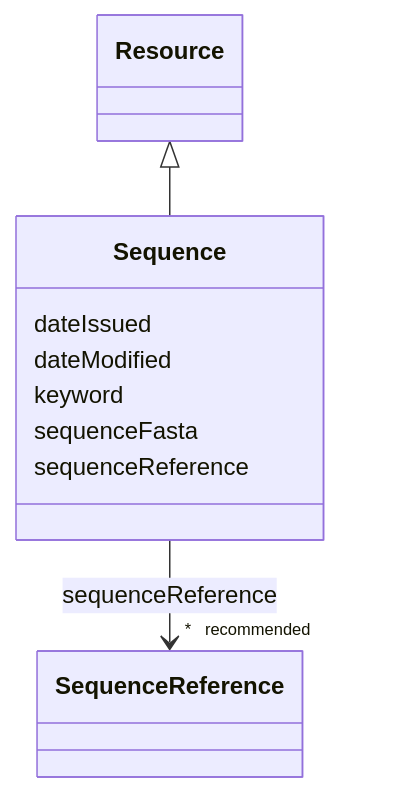
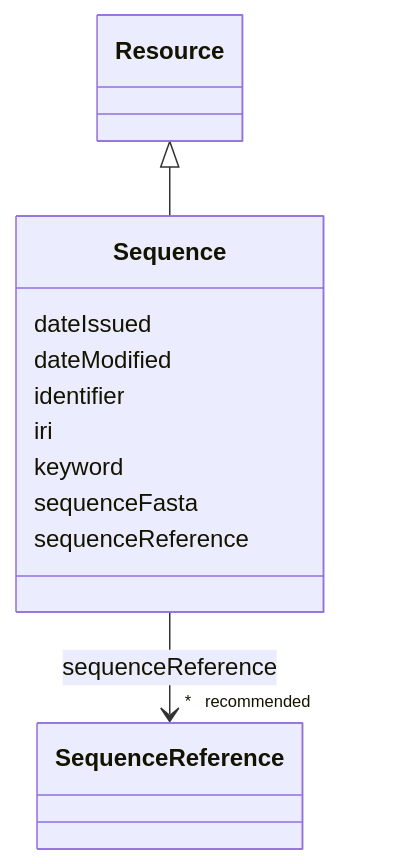
Before and after one commit to EVORA-project/evora-ontology: the diagram in models/docs/Sequence.md, drawn with Mermaid. The commit also changed other lines of this file and 391 other files, not shown here.

````diff
--- a/models/docs/Sequence.md
+++ b/models/docs/Sequence.md
@@ -19,26 +19,30 @@
 ```mermaid
  classDiagram
     class Sequence
     click Sequence href "../Sequence"
       Resource <|-- Sequence
         click Resource href "../Resource"
       
       Sequence : dateIssued
         
       Sequence : dateModified
+        
+      Sequence : identifier
+        
+      Sequence : iri
         
       Sequence : keyword
         
       Sequence : sequenceFasta
         
       Sequence : sequenceReference
         
           
     
     
     Sequence --> "* _recommended_" SequenceReference : sequenceReference
     click SequenceReference href "../SequenceReference"
 
         
       
 ```
````
